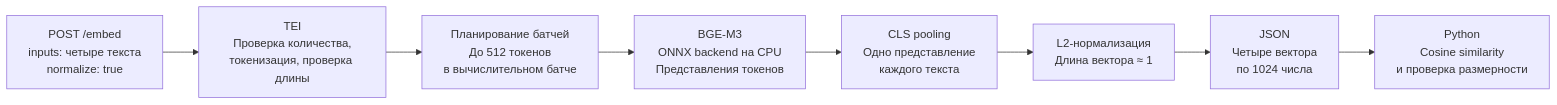
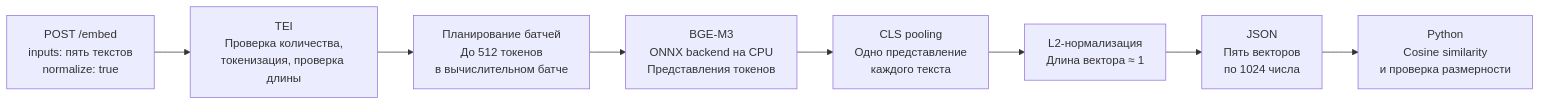
The fourth of 7 diagrams in docs/architecture.md (Xlemon5/local_ai), drawn with Mermaid before and after one commit. The commit also changed other lines of this file and 16 other files, not shown here.

````diff
--- a/docs/architecture.md
+++ b/docs/architecture.md
@@ -132,13 +134,13 @@
 ```mermaid
 flowchart LR
-    Input["POST /embed<br/>inputs: четыре текста<br/>normalize: true"]
+    Input["POST /embed<br/>inputs: пять текстов<br/>normalize: true"]
     Check["TEI<br/>Проверка количества,<br/>токенизация, проверка длины"]
     Batch["Планирование батчей<br/>До 512 токенов<br/>в вычислительном батче"]
     Encoder["BGE-M3<br/>ONNX backend на CPU<br/>Представления токенов"]
     Pool["CLS pooling<br/>Одно представление<br/>каждого текста"]
     Norm["L2-нормализация<br/>Длина вектора ≈ 1"]
-    Output["JSON<br/>Четыре вектора<br/>по 1024 числа"]
+    Output["JSON<br/>Пять векторов<br/>по 1024 числа"]
     Compare["Python<br/>Cosine similarity<br/>и проверка размерности"]
 
     Input --> Check --> Batch --> Encoder --> Pool --> Norm --> Output --> Compare
 ```
````
